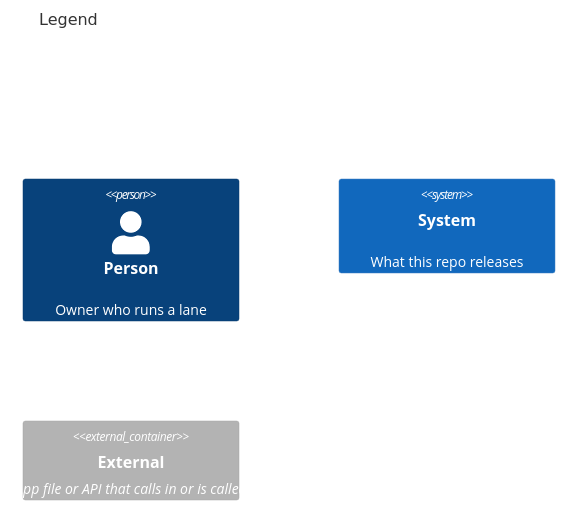
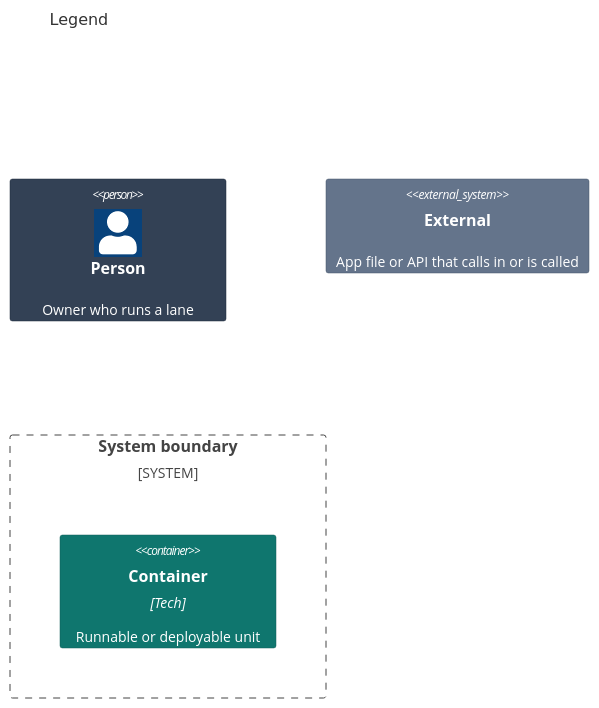
The second of 2 diagrams in docs/architecture/02-containers.md (may-journal/xcode-tooling), drawn with Mermaid before and after one commit. The commit also changed other lines of this file and 5 other files, not shown here.

First line of the commit message:
docs(architecture): bring the views to the per-level form and palette (#7)

````diff
--- a/docs/architecture/02-containers.md
+++ b/docs/architecture/02-containers.md
@@ -25,8 +29,14 @@
 ```mermaid
 C4Container
     title Legend
 
     Person(actor, "Person", "Owner who runs a lane")
-    System(unit, "System", "What this repo releases")
-    Container_Ext(outside, "External", "App file or API that calls in or is called")
+    System_Boundary(unit, "System boundary") {
+        Container(part, "Container", "Tech", "Runnable or deployable unit")
+    }
+    System_Ext(outside, "External", "App file or API that calls in or is called")
+
+    UpdateElementStyle(actor, $bgColor="#334155", $borderColor="#1e293b", $fontColor="#ffffff")
+    UpdateElementStyle(part, $bgColor="#0f766e", $borderColor="#115e59", $fontColor="#ffffff")
+    UpdateElementStyle(outside, $bgColor="#64748b", $borderColor="#475569", $fontColor="#ffffff")
 ```
````
